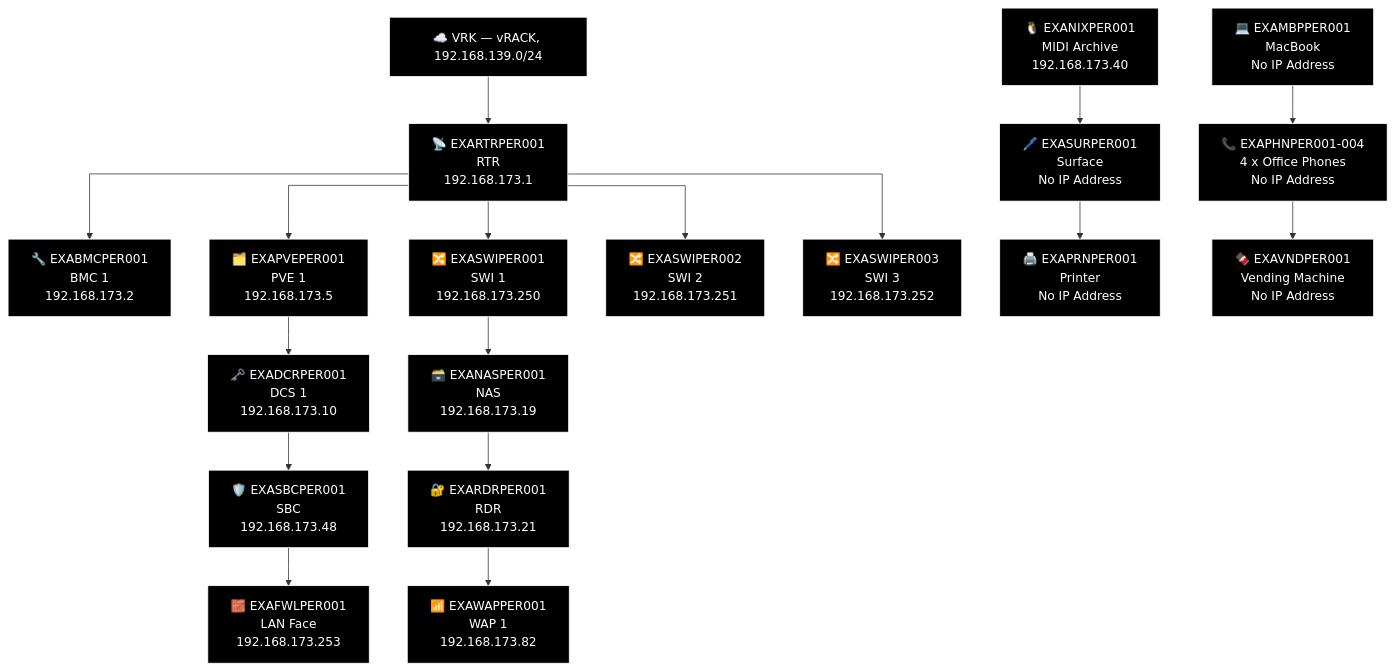
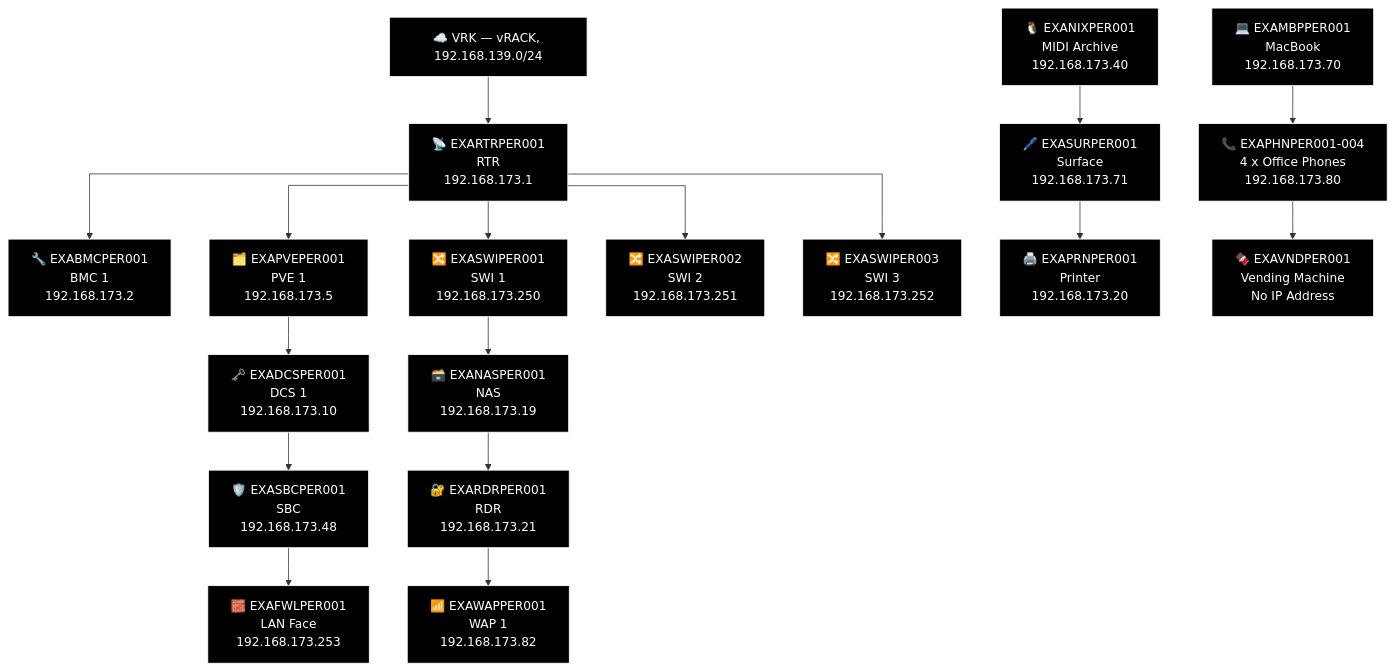
Diagram 18 of 21 in docs/network-diagram/scotland.md (knightmare2600/example_music_infra), drawn with Mermaid before and after one commit. The commit also changed other lines of this file and 11 other files, not shown here.

````diff
--- a/docs/network-diagram/scotland.md
+++ b/docs/network-diagram/scotland.md
@@ -1013,54 +1013,54 @@
 ```mermaid
 %% GENERATED:TOPOLOGY:PER:START
 %%{init: {'flowchart': {'curve': 'stepAfter'}}}%%
 graph TD
     T_VRK["☁️ VRK — vRACK, 192.168.139.0/24"]
     T_RTR["📡 EXARTRPER001<br/>RTR<br/>192.168.173.1"]
     T_VRK --> T_RTR
     T_BMC["🔧 EXABMCPER001<br/>BMC 1<br/>192.168.173.2"]
     T_RTR --> T_BMC
     T_PVE["🗂️ EXAPVEPER001<br/>PVE 1<br/>192.168.173.5"]
     T_RTR --> T_PVE
     T_SWI["🔀 EXASWIPER001<br/>SWI 1<br/>192.168.173.250"]
     T_RTR --> T_SWI
     T_SWI2["🔀 EXASWIPER002<br/>SWI 2<br/>192.168.173.251"]
     T_RTR --> T_SWI2
     T_SWI3["🔀 EXASWIPER003<br/>SWI 3<br/>192.168.173.252"]
     T_RTR --> T_SWI3
     T_NAS["🗃️ EXANASPER001<br/>NAS<br/>192.168.173.19"]
     T_RDR["🔐 EXARDRPER001<br/>RDR<br/>192.168.173.21"]
     T_WAP["📶 EXAWAPPER001<br/>WAP 1<br/>192.168.173.82"]
     T_SWI --> T_NAS --> T_RDR --> T_WAP
-    T_DCS["🗝️ EXADCRPER001<br/>DCS 1<br/>192.168.173.10"]
+    T_DCS["🗝️ EXADCSPER001<br/>DCS 1<br/>192.168.173.10"]
     T_SBC["🛡️ EXASBCPER001<br/>SBC<br/>192.168.173.48"]
     T_FWL["🧱 EXAFWLPER001<br/>LAN Face<br/>192.168.173.253"]
     T_PVE --> T_DCS --> T_SBC --> T_FWL
     T_NIX["🐧 EXANIXPER001<br/>MIDI Archive<br/>192.168.173.40"]
-    T_MBP["💻 EXAMBPPER001<br/>MacBook<br/>No IP Address"]
-    T_SUR["🖊️ EXASURPER001<br/>Surface<br/>No IP Address"]
-    T_OTH_PHN["📞 EXAPHNPER001-004<br/>4 x Office Phones<br/>No IP Address"]
-    T_PRN["🖨️ EXAPRNPER001<br/>Printer<br/>No IP Address"]
+    T_MBP["💻 EXAMBPPER001<br/>MacBook<br/>192.168.173.70"]
+    T_SUR["🖊️ EXASURPER001<br/>Surface<br/>192.168.173.71"]
+    T_OTH_PHN["📞 EXAPHNPER001-004<br/>4 x Office Phones<br/>192.168.173.80"]
+    T_PRN["🖨️ EXAPRNPER001<br/>Printer<br/>192.168.173.20"]
     T_VND["🍫 EXAVNDPER001<br/>Vending Machine<br/>No IP Address"]
     T_NIX --> T_SUR --> T_PRN
     T_MBP --> T_OTH_PHN --> T_VND
     style T_VRK fill:#000000,stroke:#FFFFFF,color:#FFFFFF
     style T_RTR fill:#000000,stroke:#FFFFFF,color:#FFFFFF
     style T_BMC fill:#000000,stroke:#FFFFFF,color:#FFFFFF
     style T_PVE fill:#000000,stroke:#FFFFFF,color:#FFFFFF
     style T_SWI fill:#000000,stroke:#FFFFFF,color:#FFFFFF
     style T_SWI2 fill:#000000,stroke:#FFFFFF,color:#FFFFFF
     style T_SWI3 fill:#000000,stroke:#FFFFFF,color:#FFFFFF
     style T_NAS fill:#000000,stroke:#FFFFFF,color:#FFFFFF
     style T_RDR fill:#000000,stroke:#FFFFFF,color:#FFFFFF
     style T_WAP fill:#000000,stroke:#FFFFFF,color:#FFFFFF
     style T_DCS fill:#000000,stroke:#FFFFFF,color:#FFFFFF
     style T_SBC fill:#000000,stroke:#FFFFFF,color:#FFFFFF
     style T_FWL fill:#000000,stroke:#FFFFFF,color:#FFFFFF
     style T_NIX fill:#000000,stroke:#FFFFFF,color:#FFFFFF
     style T_MBP fill:#000000,stroke:#FFFFFF,color:#FFFFFF
     style T_SUR fill:#000000,stroke:#FFFFFF,color:#FFFFFF
     style T_OTH_PHN fill:#000000,stroke:#FFFFFF,color:#FFFFFF
     style T_PRN fill:#000000,stroke:#FFFFFF,color:#FFFFFF
     style T_VND fill:#000000,stroke:#FFFFFF,color:#FFFFFF
 %% GENERATED:TOPOLOGY:PER:END
 ```
````
